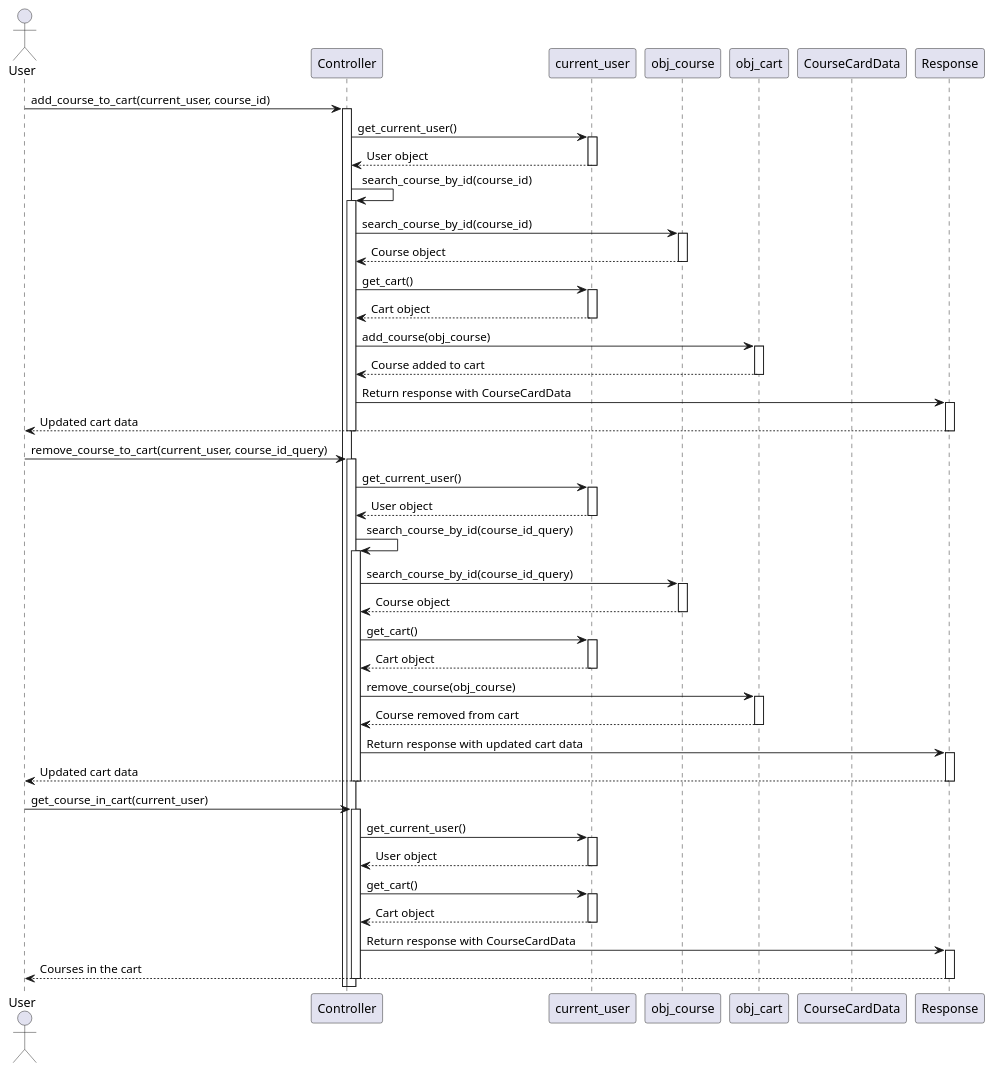
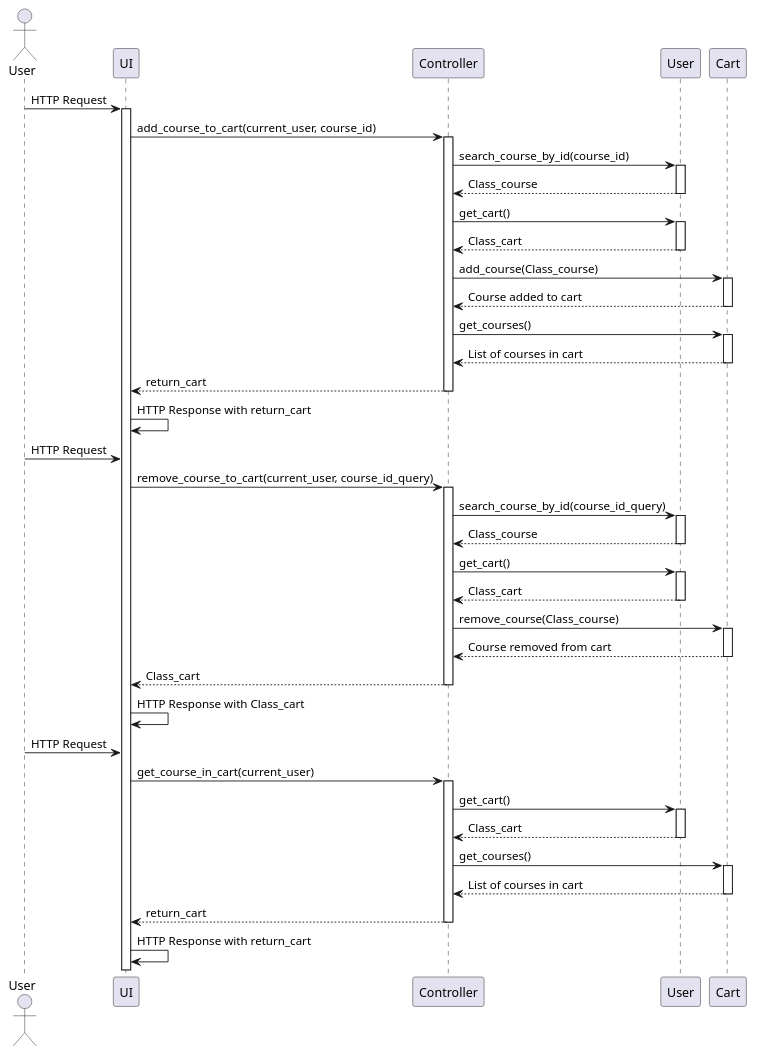
One commit to KMITLSuicide/KMITL-ObjectOrientedProgramming-Project changed the diagram in diagrams/plantuml/cart.puml. Above: the diagram before and after it, drawn with PlantUML. The commit also changed 1 other file, not shown here.

```diff
--- a/diagrams/plantuml/cart.puml
+++ b/diagrams/plantuml/cart.puml
@@ -1,79 +1,72 @@
-@startuml FastAPI - Cart Management Sequence Diagram
+@startuml
+actor "User" as UserActor
 
-actor User
+participant "UI" as Server
 participant Controller
-participant current_user
-participant obj_course
-participant obj_cart
-participant CourseCardData
-participant Response
+participant "User" as UserClass
+participant Cart
 
-User -> Controller: add_course_to_cart(current_user, course_id)
+
+UserActor -> Server: HTTP Request
+activate Server
+
+Server -> Controller: add_course_to_cart(current_user, course_id)
 activate Controller
-Controller -> current_user: get_current_user()
-activate current_user
-current_user --> Controller: User object
-deactivate current_user
-Controller -> Controller: search_course_by_id(course_id)
-activate Controller
-Controller -> obj_course: search_course_by_id(course_id)
-activate obj_course
-obj_course --> Controller: Course object
-deactivate obj_course
-Controller -> current_user: get_cart()
-activate current_user
-current_user --> Controller: Cart object
-deactivate current_user
-Controller -> obj_cart: add_course(obj_course)
-activate obj_cart
-obj_cart --> Controller: Course added to cart
-deactivate obj_cart
-Controller -> Response: Return response with CourseCardData
-activate Response
-Response --> User: Updated cart data
-deactivate Response
+Controller -> UserClass: search_course_by_id(course_id)
+activate UserClass
+UserClass --> Controller: Class_course
+deactivate UserClass
+Controller -> UserClass: get_cart()
+activate UserClass
+UserClass --> Controller: Class_cart
+deactivate UserClass
+Controller -> Cart: add_course(Class_course)
+activate Cart
+Cart --> Controller: Course added to cart
+deactivate Cart
+Controller -> Cart: get_courses()
+activate Cart
+Cart --> Controller: List of courses in cart
+deactivate Cart
+Controller --> Server: return_cart
 deactivate Controller
 
-User -> Controller: remove_course_to_cart(current_user, course_id_query)
+Server -> Server: HTTP Response with return_cart
+
+UserActor -> Server: HTTP Request
+Server -> Controller: remove_course_to_cart(current_user, course_id_query)
 activate Controller
-Controller -> current_user: get_current_user()
-activate current_user
-current_user --> Controller: User object
-deactivate current_user
-Controller -> Controller: search_course_by_id(course_id_query)
-activate Controller
-Controller -> obj_course: search_course_by_id(course_id_query)
-activate obj_course
-obj_course --> Controller: Course object
-deactivate obj_course
-Controller -> current_user: get_cart()
-activate current_user
-current_user --> Controller: Cart object
-deactivate current_user
-Controller -> obj_cart: remove_course(obj_course)
-activate obj_cart
-obj_cart --> Controller: Course removed from cart
-deactivate obj_cart
-Controller -> Response: Return response with updated cart data
-activate Response
-Response --> User: Updated cart data
-deactivate Response
+Controller -> UserClass: search_course_by_id(course_id_query)
+activate UserClass
+UserClass --> Controller: Class_course
+deactivate UserClass
+Controller -> UserClass: get_cart()
+activate UserClass
+UserClass --> Controller: Class_cart
+deactivate UserClass
+Controller -> Cart: remove_course(Class_course)
+activate Cart
+Cart --> Controller: Course removed from cart
+deactivate Cart
+Controller --> Server: Class_cart
 deactivate Controller
 
-User -> Controller: get_course_in_cart(current_user)
+Server -> Server: HTTP Response with Class_cart
+
+UserActor -> Server: HTTP Request
+Server -> Controller: get_course_in_cart(current_user)
 activate Controller
-Controller -> current_user: get_current_user()
-activate current_user
-current_user --> Controller: User object
-deactivate current_user
-Controller -> current_user: get_cart()
-activate current_user
-current_user --> Controller: Cart object
-deactivate current_user
-Controller -> Response: Return response with CourseCardData
-activate Response
-Response --> User: Courses in the cart
-deactivate Response
+Controller -> UserClass: get_cart()
+activate UserClass
+UserClass --> Controller: Class_cart
+deactivate UserClass
+Controller -> Cart: get_courses()
+activate Cart
+Cart --> Controller: List of courses in cart
+deactivate Cart
+Controller --> Server: return_cart
 deactivate Controller
 
+Server -> Server: HTTP Response with return_cart
+
 @enduml
```
